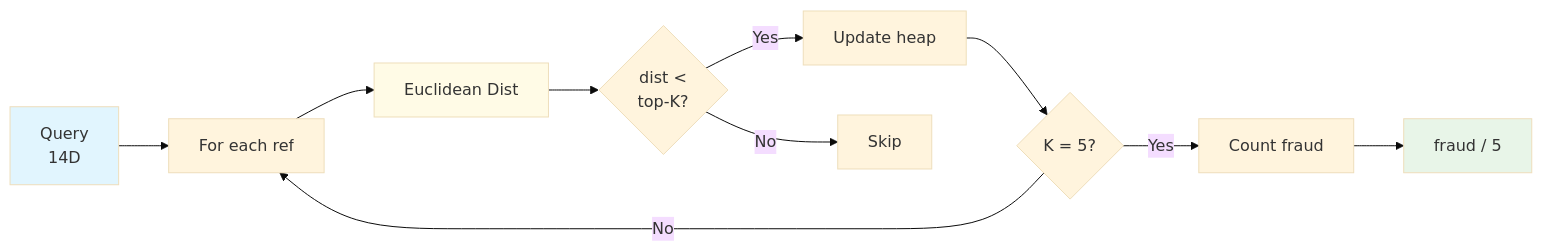
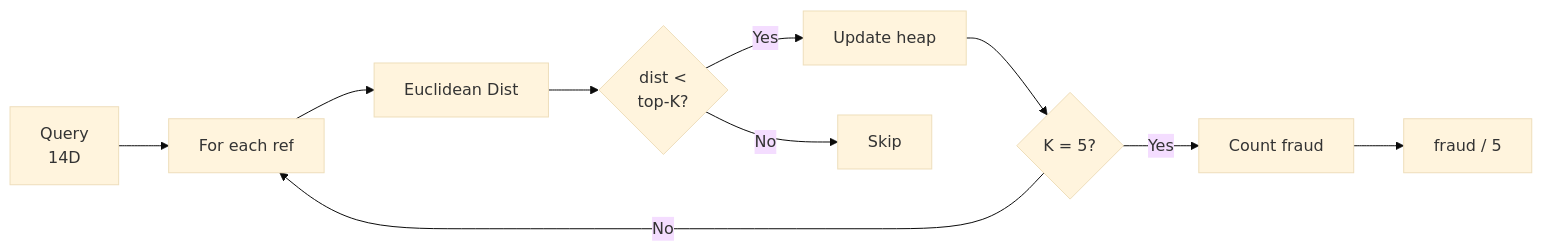
Before and after one commit to fabianoflorentino/fraudctl: the third of 3 diagrams in docs/ARCHITECTURE.md, drawn with Mermaid (base theme). The commit also changed other lines of this file, not shown here.

Commit message:
fix: add color to mermaid diagram styles for better visibility

````diff
--- a/docs/ARCHITECTURE.md
+++ b/docs/ARCHITECTURE.md
@@ -52,16 +52,16 @@
 ```mermaid
 flowchart LR
     Q[Query<br/>14D] --> F[For each ref]
     F --> D[Euclidean Dist]
     D --> C{dist <<br/>top-K?}
     C -->|Yes| U[Update heap]
     C -->|No| N[Skip]
     U --> E{K = 5?}
     E -->|No| F
     E -->|Yes| V[Count fraud]
     V --> S["fraud / 5"]
 
-    style Q fill:#e1f5fe
-    style S fill:#e8f5e8
-    style D fill:#fffbe6
+    style Q fill:#e1f5fe color:#000000
+    style S fill:#e8f5e8 color:#000000
+    style D fill:#fffbe6 color:#000000
 ```
````
